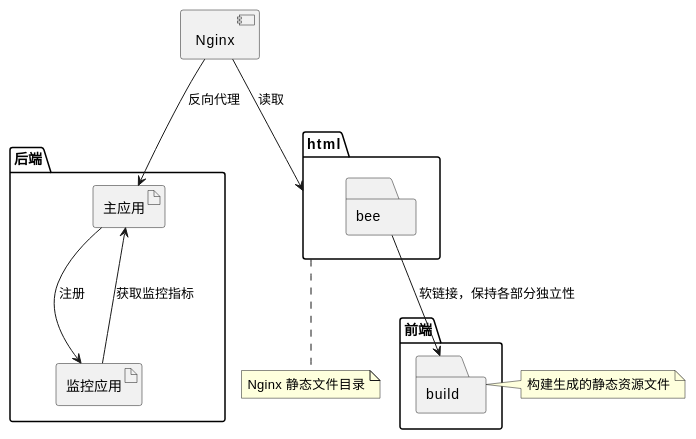
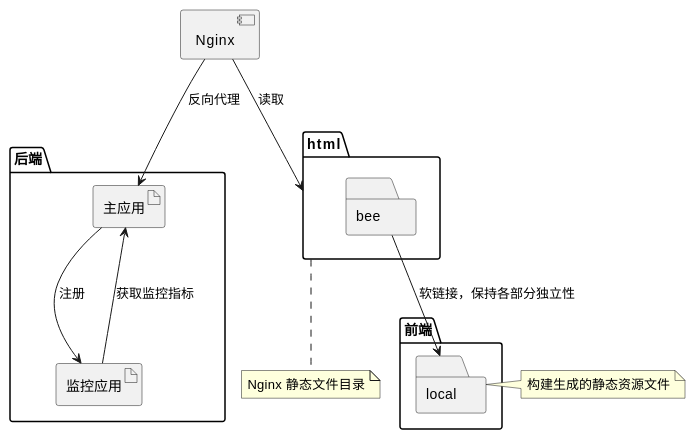
The second of 3 diagrams in docs/antora/modules/ROOT/pages/iteration/framework/architecture.adoc (peacetrue/bee), drawn with PlantUML before and after one commit. The commit also changed 44 other files, not shown here.

```diff
--- a/docs/antora/modules/ROOT/pages/iteration/framework/architecture.adoc
+++ b/docs/antora/modules/ROOT/pages/iteration/framework/architecture.adoc
@@ -26,29 +26,29 @@
 [plantuml,target=deployment-local,format=png]
 ----
 @startuml
 component Nginx
 
 folder html{
     folder bee{
     }
 }
 note bottom of html: Nginx 静态文件目录
 Nginx --> html: 读取
 
 folder 前端{
-    folder build{
+    folder local{
     }
 }
-note right of build: 构建生成的静态资源文件
-bee --> build: 软链接，保持各部分独立性
+note right of local: 构建生成的静态资源文件
+bee --> local: 软链接，保持各部分独立性
 
 folder 后端{
     artifact 主应用
     artifact 监控应用
 }
 
 Nginx --> 主应用: 反向代理
 主应用 --> 监控应用: 注册
 主应用 <-- 监控应用: 获取监控指标
 @enduml
 ----
```
